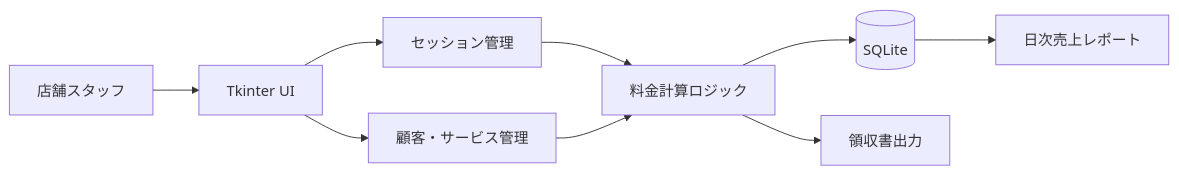
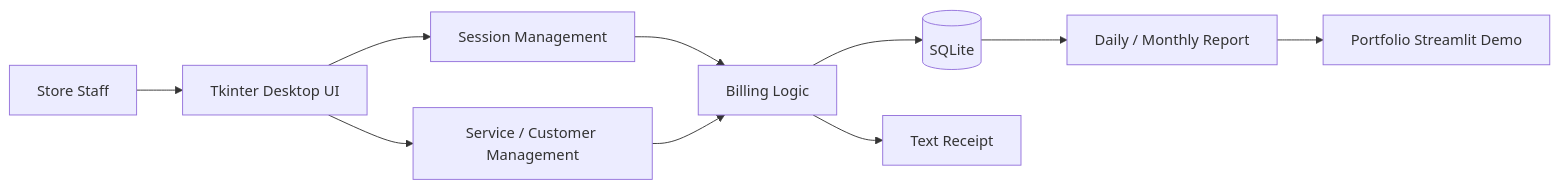
Before and after one commit to 23610252hoang/billiards-billing-manager: the diagram in README.md, drawn with Mermaid. The commit also changed other lines of this file and 7 other files, not shown here.

````diff
--- a/README.md
+++ b/README.md
@@ -44,11 +77,12 @@
 ```mermaid
 flowchart LR
-    A[店舗スタッフ] --> B[Tkinter UI]
-    B --> C[セッション管理]
-    B --> D[顧客・サービス管理]
-    C --> E[料金計算ロジック]
+    A[Store Staff] --> B[Tkinter Desktop UI]
+    B --> C[Session Management]
+    B --> D[Service / Customer Management]
+    C --> E[Billing Logic]
     D --> E
     E --> F[(SQLite)]
-    E --> G[領収書出力]
-    F --> H[日次売上レポート]
+    E --> G[Text Receipt]
+    F --> H[Daily / Monthly Report]
+    H --> I[Portfolio Streamlit Demo]
 ```
````
